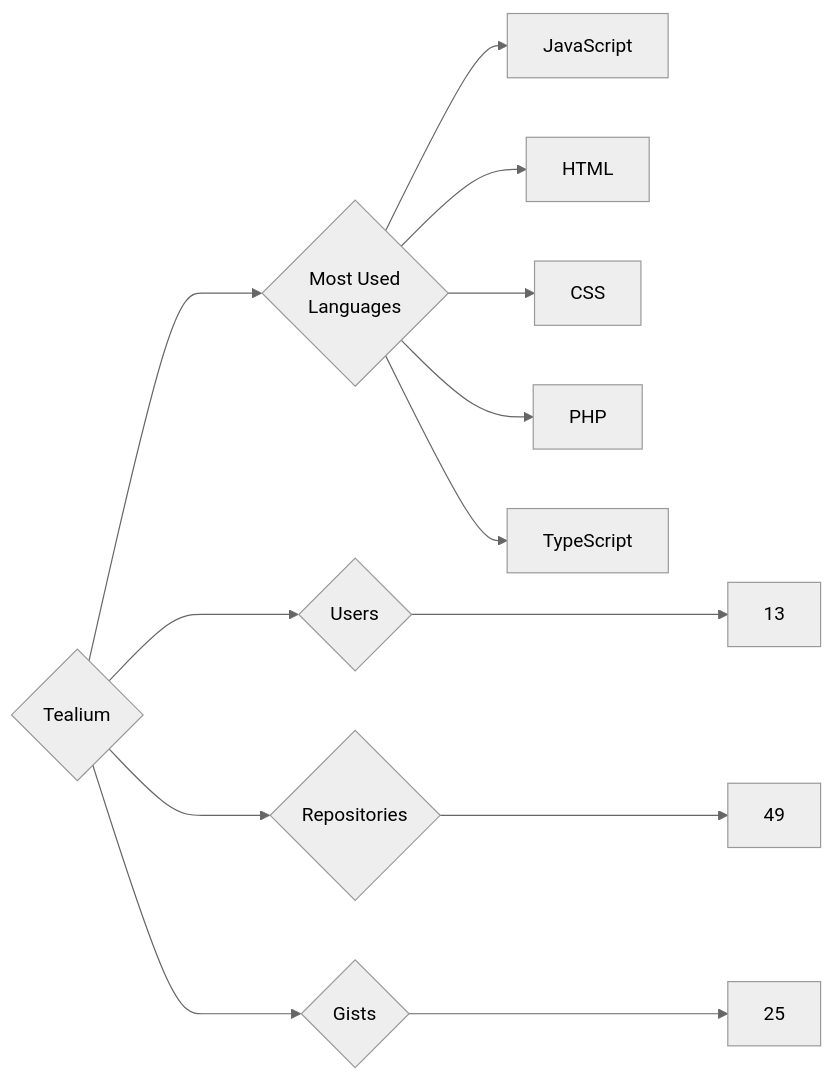
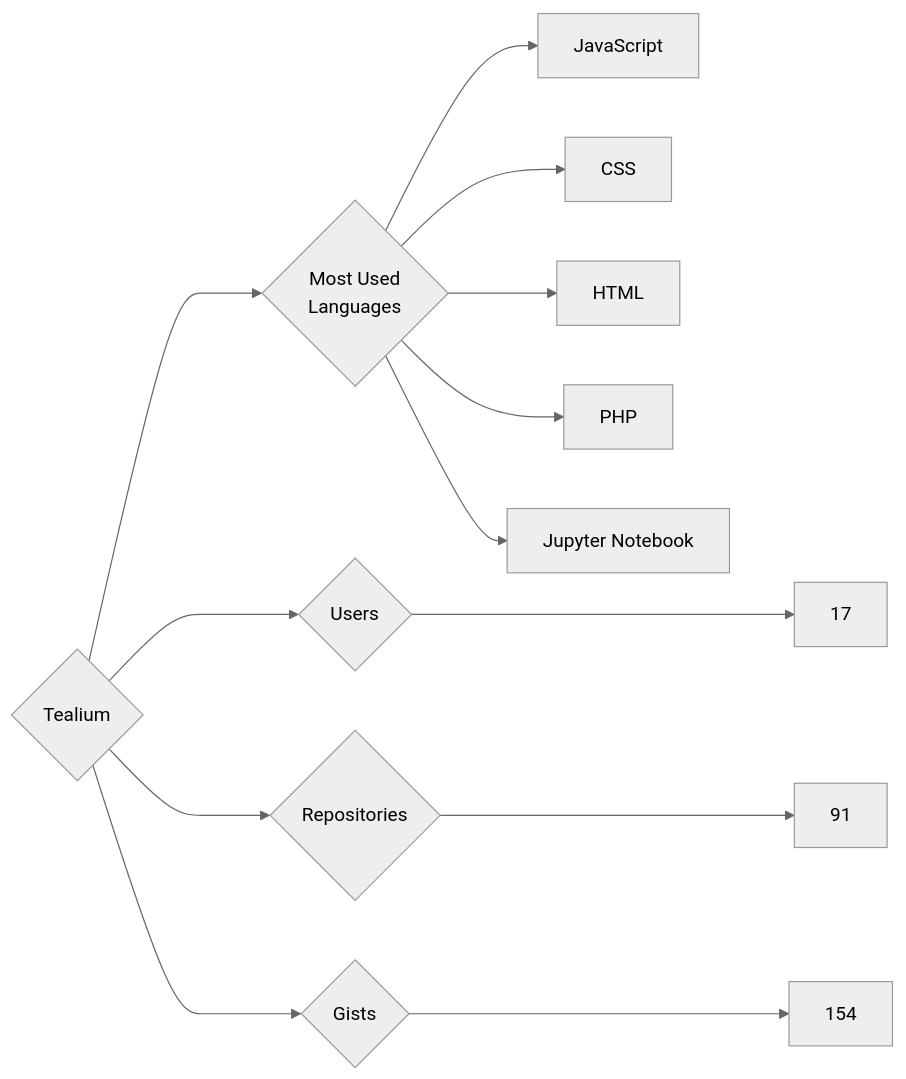
Before and after one commit to trickest/insiders: the diagram in targets/Tealium/README.md, drawn with Mermaid (neutral theme). The commit also changed 796 other files, not shown here.

````diff
--- a/targets/Tealium/README.md
+++ b/targets/Tealium/README.md
@@ -3,13 +3,13 @@
 ```mermaid
 graph LR
 COMPANY_NAME{Tealium}
-COMPANY_NAME ---> U{Users} ---> UN[13]
-COMPANY_NAME ---> R{Repositories} ---> RN[49]
-COMPANY_NAME ---> G{Gists} ---> GN[25]
+COMPANY_NAME ---> U{Users} ---> UN[17]
+COMPANY_NAME ---> R{Repositories} ---> RN[91]
+COMPANY_NAME ---> G{Gists} ---> GN[154]
 COMPANY_NAME ---> ML{Most Used<br>Languages}
 ML --> JavaScript[JavaScript]
+ML --> CSS[CSS]
 ML --> HTML[HTML]
-ML --> CSS[CSS]
 ML --> PHP[PHP]
-ML --> TypeScript[TypeScript]
+ML --> Jupyter_Notebook[Jupyter Notebook]
 ```
````
